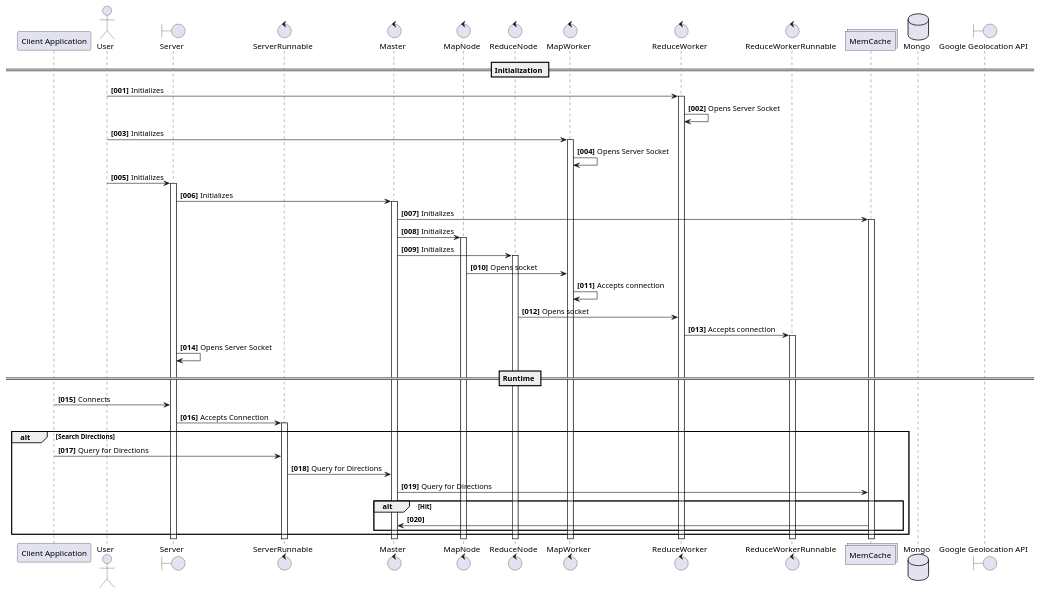
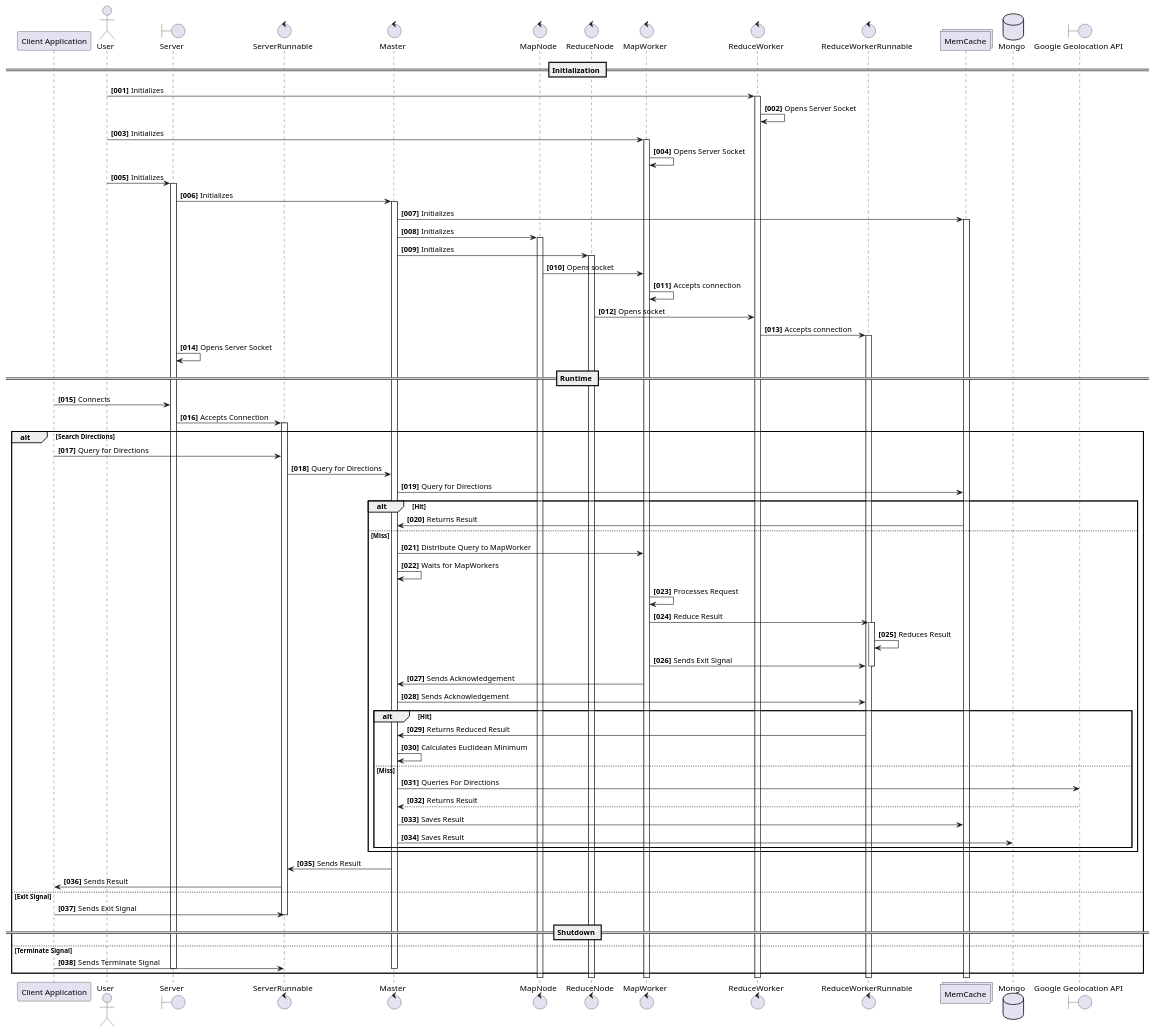
The diagram in diagrams/uml/sequence/lifecycle.plantuml (steve-papadogiannis/dist-sys-server-java), drawn with PlantUML before and after one commit.

Commit message:
Amending the diagram.

```diff
--- a/diagrams/uml/sequence/lifecycle.plantuml
+++ b/diagrams/uml/sequence/lifecycle.plantuml
@@ -1,76 +1,137 @@
 @startuml
 participant "Client Application" as Client
 actor User
 boundary Server
 control ServerRunnable
 control Master
 control MapNode
 control ReduceNode
 control MapWorker
 control ReduceWorker
 control ReduceWorkerRunnable
 collections MemCache
 database Mongo
 boundary "Google Geolocation API" as GGA
 autonumber "<b>[000]"
 
 == Initialization ==
 
 User -> ReduceWorker : Initializes
 activate ReduceWorker
 
 ReduceWorker -> ReduceWorker : Opens Server Socket
 
 User -> MapWorker : Initializes
 activate MapWorker
 
 MapWorker -> MapWorker : Opens Server Socket
 
 User -> Server: Initializes
 activate Server
 
 Server -> Master : Initializes
 activate Master
 
 Master -> MemCache : Initializes
 activate MemCache
 
 Master -> MapNode : Initializes
 activate MapNode
 
 Master -> ReduceNode : Initializes
 activate ReduceNode
 
 MapNode -> MapWorker : Opens socket
 
 MapWorker -> MapWorker : Accepts connection
 
 ReduceNode -> ReduceWorker : Opens socket
 
 ReduceWorker -> ReduceWorkerRunnable : Accepts connection
 activate ReduceWorkerRunnable
 
 Server -> Server : Opens Server Socket
 
 == Runtime ==
 
 Client -> Server : Connects
 
 Server -> ServerRunnable : Accepts Connection
 activate ServerRunnable
 
 alt Search Directions
 
 Client -> ServerRunnable : Query for Directions
 
 ServerRunnable -> Master : Query for Directions
 
 Master -> MemCache : Query for Directions
 
 alt Hit
 
-MemCache -> Master :
+MemCache -> Master : Returns Result
+
+else Miss
+
+Master -> MapWorker : Distribute Query to MapWorker
+
+Master -> Master : Waits for MapWorkers
+
+MapWorker -> MapWorker : Processes Request
+
+MapWorker -> ReduceWorkerRunnable : Reduce Result
+activate ReduceWorkerRunnable
+
+ReduceWorkerRunnable -> ReduceWorkerRunnable : Reduces Result
+
+MapWorker -> ReduceWorkerRunnable : Sends Exit Signal
+deactivate ReduceWorkerRunnable
+
+MapWorker -> Master : Sends Acknowledgement
+
+Master -> ReduceWorkerRunnable : Sends Acknowledgement
+
+alt Hit
+
+ReduceWorkerRunnable -> Master : Returns Reduced Result
+
+Master -> Master : Calculates Euclidean Minimum
+
+else Miss
+
+Master -> GGA : Queries For Directions
+
+GGA --> Master : Returns Result
+
+Master -> MemCache : Saves Result
+
+Master -> Mongo : Saves Result
 
 end
+
 end
+
+Master -> ServerRunnable : Sends Result
+
+ServerRunnable -> Client : Sends Result
+
+else Exit Signal
+
+Client -> ServerRunnable : Sends Exit Signal
+deactivate ServerRunnable
+
+== Shutdown ==
+
+else Terminate Signal
+
+Client -> ServerRunnable : Sends Terminate Signal
+deactivate ServerRunnable
+
+deactivate Master
+
+deactivate Server
+
+end
+
+
 @enduml
```
